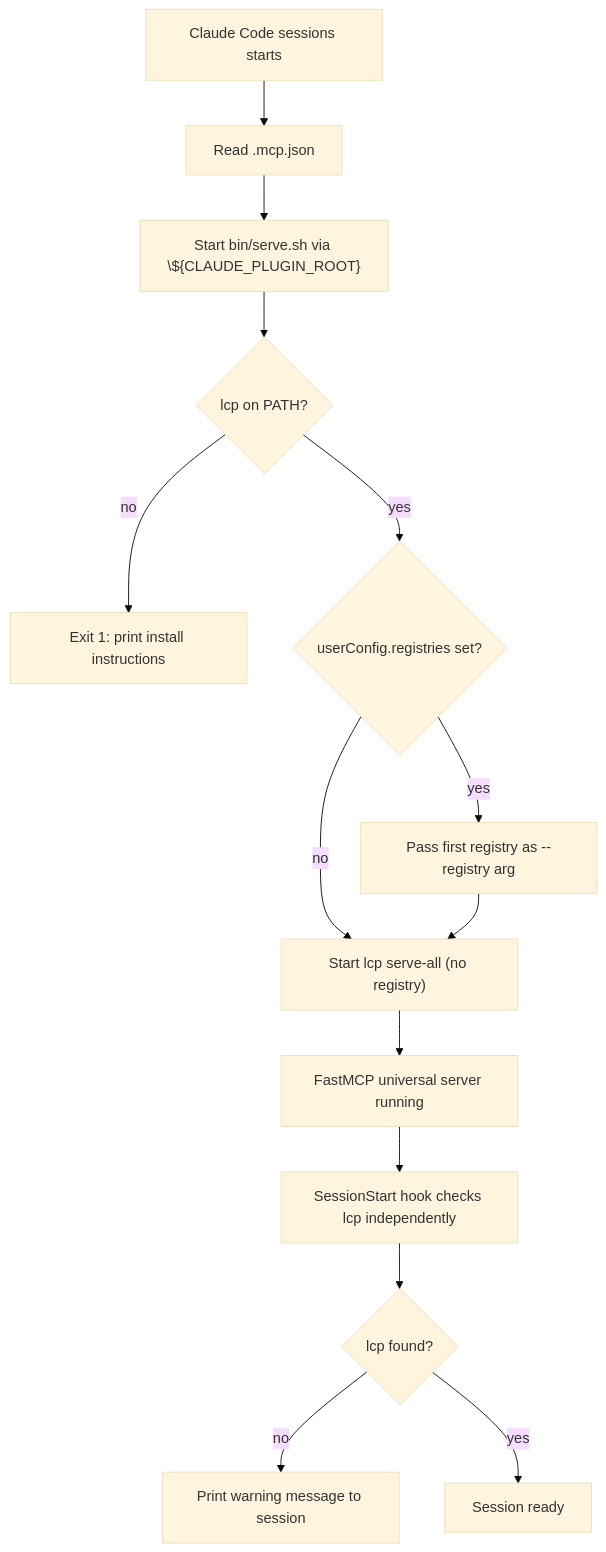
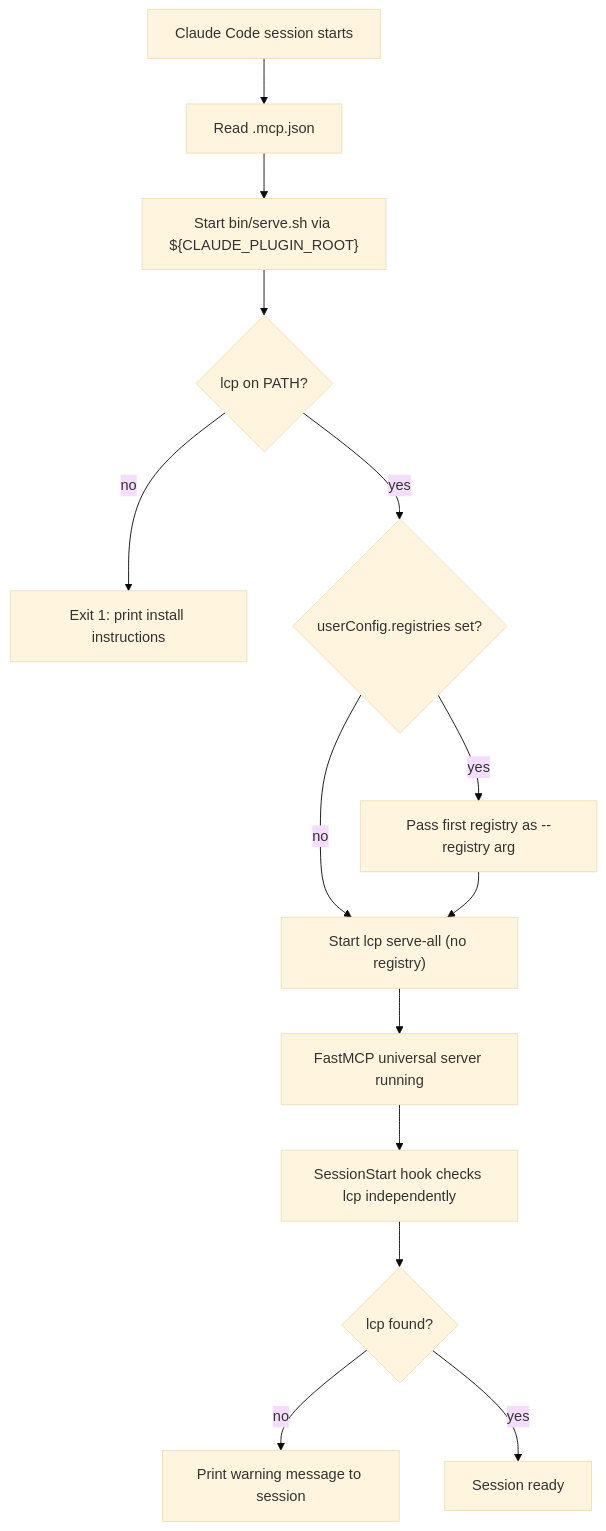
Before and after one commit to zazza123/lcp: the second of 3 diagrams in docs/plugin/architecture.md, drawn with Mermaid (base theme). The commit also changed other lines of this file and 2 other files, not shown here.

First line of the commit message:
DOC: Update Claude Code plugin docs with marketplace integration

````diff
--- a/docs/plugin/architecture.md
+++ b/docs/plugin/architecture.md
@@ -35,16 +50,16 @@
 ```mermaid
 flowchart TD
-    A["Claude Code sessions starts"] --> B["Read .mcp.json"]
-    B --> C["Start bin/serve.sh via \${CLAUDE_PLUGIN_ROOT}"]
+    A["Claude Code session starts"] --> B["Read .mcp.json"]
+    B --> C["Start bin/serve.sh via ${CLAUDE_PLUGIN_ROOT}"]
     C --> D{"lcp on PATH?"}
     D -- no --> E["Exit 1: print install instructions"]
     D -- yes --> F{"userConfig.registries set?"}
     F -- yes --> G["Pass first registry as --registry arg"]
     F -- no --> H["Start lcp serve-all (no registry)"]
     G --> H
     H --> I["FastMCP universal server running"]
     I --> J["SessionStart hook checks lcp independently"]
     J --> K{"lcp found?"}
     K -- no --> L["Print warning message to session"]
     K -- yes --> M["Session ready"]
 ```
````
